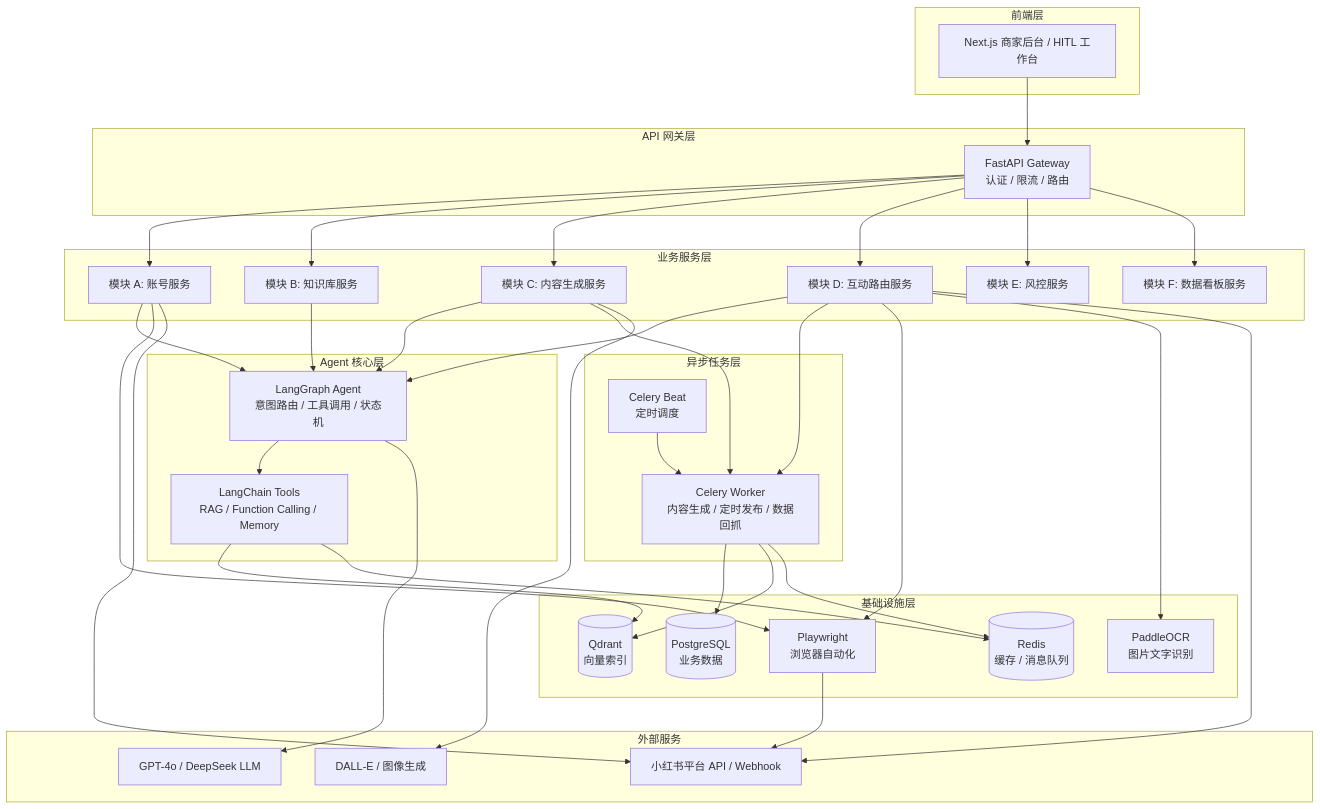
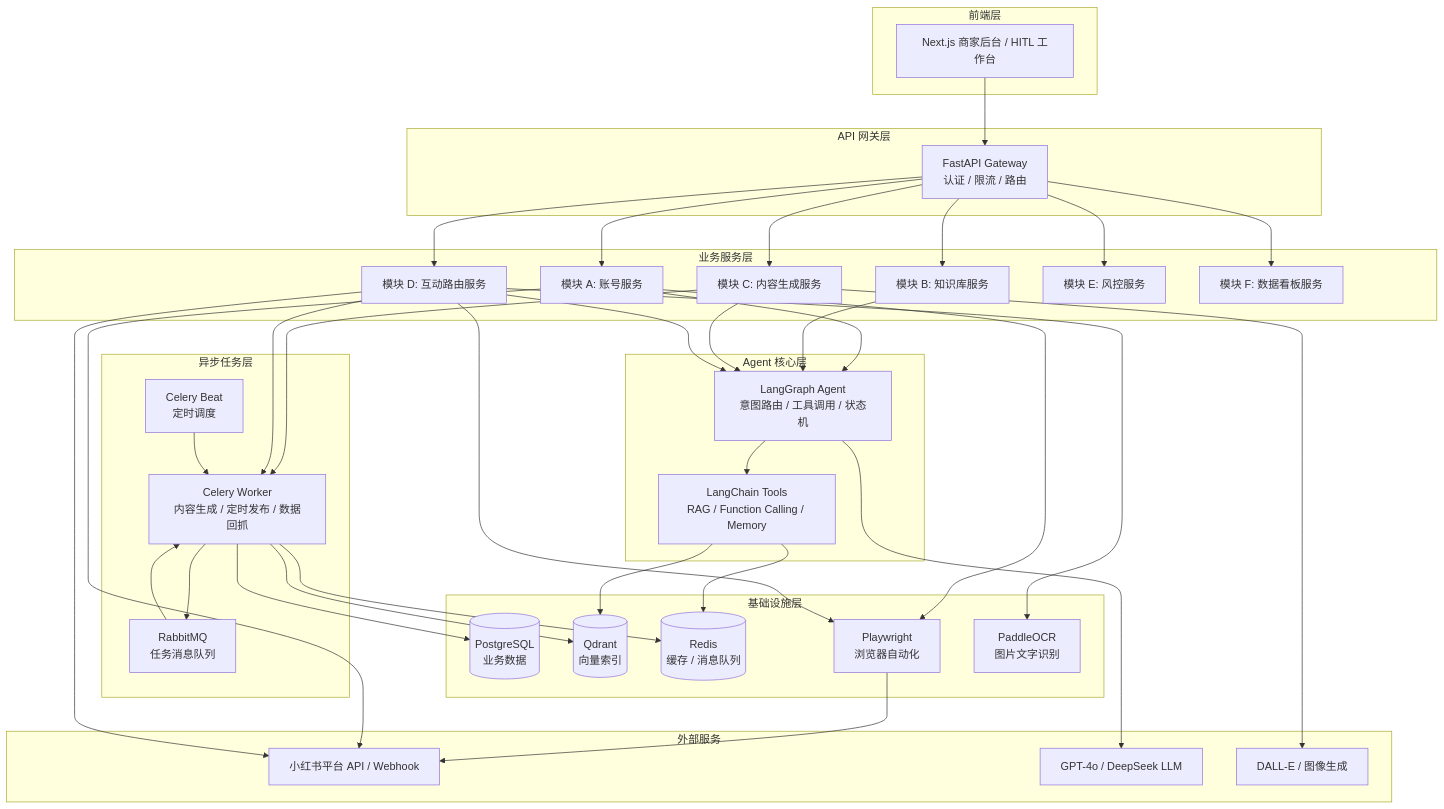
One commit to PGK-13/Red-Book-Agent changed the first of 4 diagrams in .kiro/specs/architecture.md. Above: the diagram before and after it, drawn with Mermaid. The commit also changed other lines of this file, not shown here.

First line of the commit message:
docs(architecture): add RabbitMQ to async task layer and update messaging strategy

````diff
--- a/.kiro/specs/architecture.md
+++ b/.kiro/specs/architecture.md
@@ -13,58 +13,61 @@
 ```mermaid
 graph TB
     subgraph 前端层
         FE[Next.js 商家后台 / HITL 工作台]
     end
 
     subgraph API 网关层
         GW[FastAPI Gateway<br/>认证 / 限流 / 路由]
     end
 
     subgraph 业务服务层
         MA[模块 A: 账号服务]
         MB[模块 B: 知识库服务]
         MC[模块 C: 内容生成服务]
         MD[模块 D: 互动路由服务]
         ME[模块 E: 风控服务]
         MF[模块 F: 数据看板服务]
     end
 
     subgraph Agent 核心层
         LG[LangGraph Agent<br/>意图路由 / 工具调用 / 状态机]
         LC[LangChain Tools<br/>RAG / Function Calling / Memory]
     end
 
     subgraph 异步任务层
         CW[Celery Worker<br/>内容生成 / 定时发布 / 数据回抓]
         CB[Celery Beat<br/>定时调度]
+        RMQ[RabbitMQ<br/>任务消息队列]
     end
 
     subgraph 基础设施层
         PG[(PostgreSQL<br/>业务数据)]
         QD[(Qdrant<br/>向量索引)]
         RD[(Redis<br/>缓存 / 消息队列)]
         PW[Playwright<br/>浏览器自动化]
         OCR[PaddleOCR<br/>图片文字识别]
     end
 
     subgraph 外部服务
         XHS[小红书平台 API / Webhook]
         LLM[GPT-4o / DeepSeek LLM]
         IMG[DALL-E / 图像生成]
     end
 
     FE --> GW
     GW --> MA & MB & MC & MD & ME & MF
     MA & MB & MC & MD --> LG
     LG --> LC
     LC --> QD & RD
     MC & MD --> CW
     CB --> CW
+    CW --> RMQ
+    RMQ --> CW
     CW --> PG & QD & RD
     MA --> PW
     MD --> PW & OCR
     LG --> LLM
     MC --> IMG
     PW --> XHS
     MA & MD --> XHS
 ```
````
